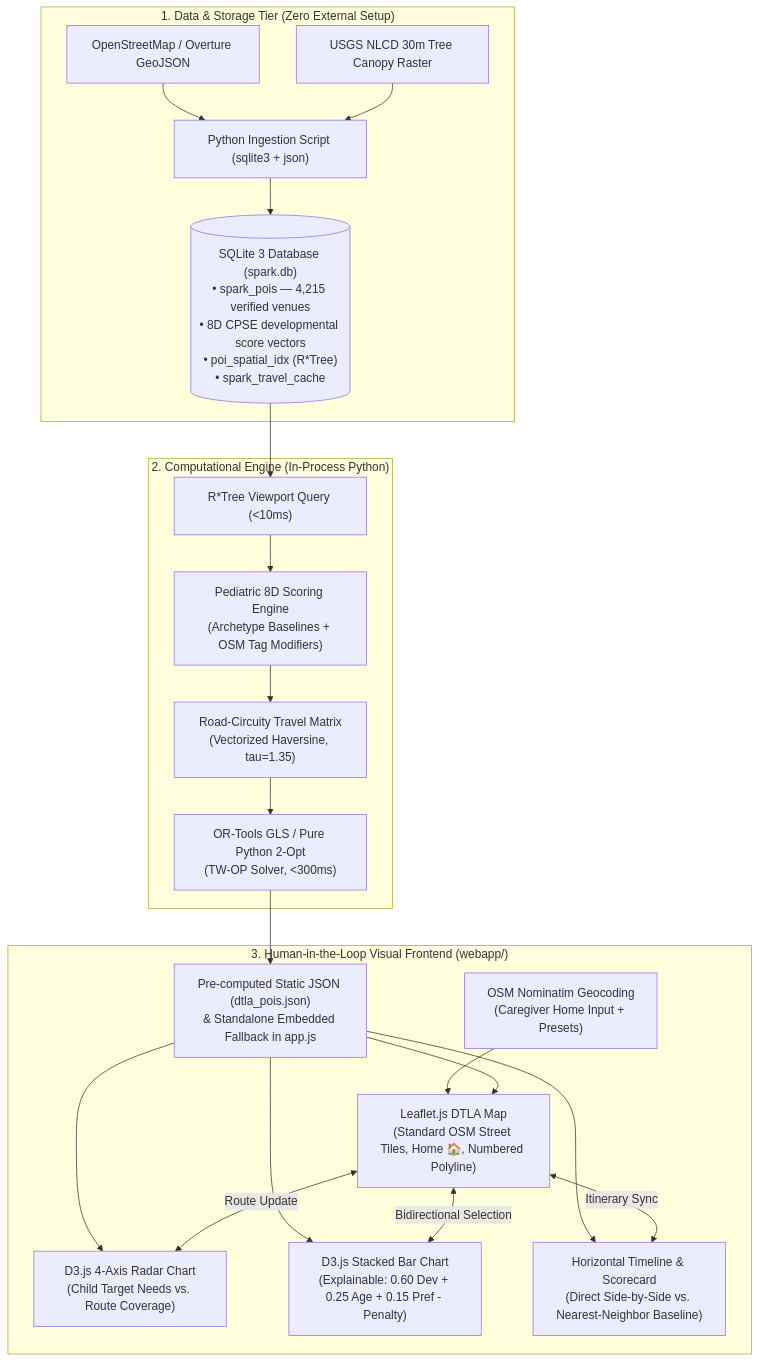
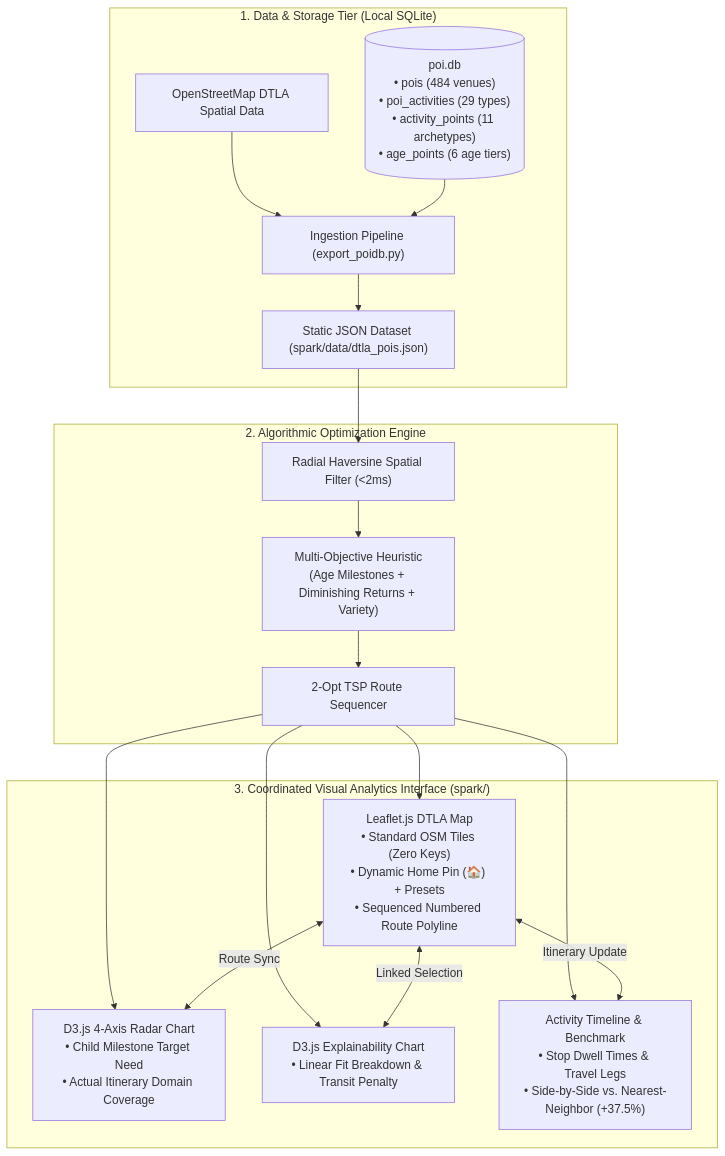
Before and after one commit to manoj-android/cse-6242-project: the diagram in projectwork/docs/spark_technical_analysis.md, drawn with Mermaid. The commit also changed other lines of this file and 39 other files, not shown here.

````diff
--- a/projectwork/docs/spark_technical_analysis.md
+++ b/projectwork/docs/spark_technical_analysis.md
@@ -156,40 +139,38 @@
 ```mermaid
 flowchart TD
-    subgraph DataLayer["1. Data & Storage Tier (Zero External Setup)"]
-        OSM["OpenStreetMap / Overture GeoJSON"] --> ETL["Python Ingestion Script (sqlite3 + json)"]
-        NLCD["USGS NLCD 30m Tree Canopy Raster"] --> ETL
-        ETL --> DB[("SQLite 3 Database (spark.db)
-• spark_pois — 4,215 verified venues
-• 8D CPSE developmental score vectors
-• poi_spatial_idx (R*Tree)
-• spark_travel_cache")]
+    subgraph DataTier["1. Data & Storage Tier (Local SQLite)"]
+        OSM["OpenStreetMap DTLA Spatial Data"] --> ETL["Ingestion Pipeline (export_poidb.py)"]
+        PDB[("poi.db
+• pois (484 venues)
+• poi_activities (29 types)
+• activity_points (11 archetypes)
+• age_points (6 age tiers)")] --> ETL
+        ETL --> JSON["Static JSON Dataset (spark/data/dtla_pois.json)"]
     end
 
-    subgraph AnalyticsLayer["2. Computational Engine (In-Process Python)"]
-        DB --> Viewport["R*Tree Viewport Query (<10ms)"]
-        Viewport --> Scorer["Pediatric 8D Scoring Engine
-(Archetype Baselines + OSM Tag Modifiers)"]
-        Scorer --> Matrix["Road-Circuity Travel Matrix
-(Vectorized Haversine, tau=1.35)"]
-        Matrix --> Solver["OR-Tools GLS / Pure Python 2-Opt
-(TW-OP Solver, <300ms)"]
+    subgraph LogicTier["2. Algorithmic Optimization Engine"]
+        JSON --> GeoFilter["Radial Haversine Spatial Filter (<2ms)"]
+        GeoFilter --> Optimizer["Multi-Objective Heuristic
+(Age Milestones + Diminishing Returns + Variety)"]
+        Optimizer --> Sequencer["2-Opt TSP Route Sequencer"]
     end
 
-    subgraph VisualLayer["3. Human-in-the-Loop Visual Frontend (webapp/)"]
-        Solver --> JSON["Pre-computed Static JSON (dtla_pois.json)
-& Standalone Embedded Fallback in app.js"]
-        Nominatim["OSM Nominatim Geocoding
-(Caregiver Home Input + Presets)"] --> Leaflet
-        JSON --> Leaflet["Leaflet.js DTLA Map
-(Standard OSM Street Tiles, Home 🏠, Numbered Polyline)"]
-        JSON --> Radar["D3.js 4-Axis Radar Chart
-(Child Target Needs vs. Route Coverage)"]
-        JSON --> StackedBar["D3.js Stacked Bar Chart
-(Explainable: 0.60 Dev + 0.25 Age + 0.15 Pref - Penalty)"]
-        JSON --> Timeline["Horizontal Timeline & Scorecard
-(Direct Side-by-Side vs. Nearest-Neighbor Baseline)"]
-        Leaflet <-->|Bidirectional Selection| StackedBar
-        Leaflet <-->|Route Update| Radar
-        Leaflet <-->|Itinerary Sync| Timeline
+    subgraph VisualTier["3. Coordinated Visual Analytics Interface (spark/)"]
+        Sequencer --> MapView["Leaflet.js DTLA Map
+• Standard OSM Tiles (Zero Keys)
+• Dynamic Home Pin (🏠) + Presets
+• Sequenced Numbered Route Polyline"]
+        Sequencer --> RadarView["D3.js 4-Axis Radar Chart
+• Child Milestone Target Need
+• Actual Itinerary Domain Coverage"]
+        Sequencer --> StackedBarView["D3.js Explainability Chart
+• Linear Fit Breakdown & Transit Penalty"]
+        Sequencer --> TimelineView["Activity Timeline & Benchmark
+• Stop Dwell Times & Travel Legs
+• Side-by-Side vs. Nearest-Neighbor (+37.5%)"]
+        
+        MapView <-->|Linked Selection| StackedBarView
+        MapView <-->|Route Sync| RadarView
+        MapView <-->|Itinerary Update| TimelineView
     end
 ```
````
